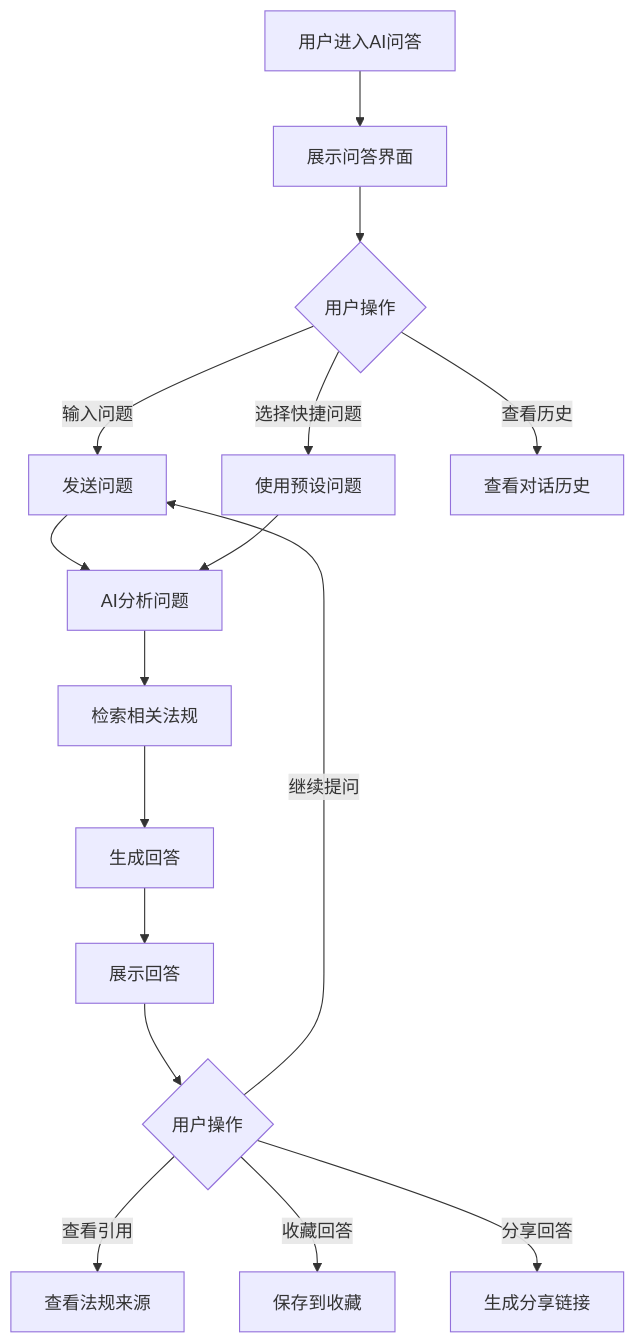
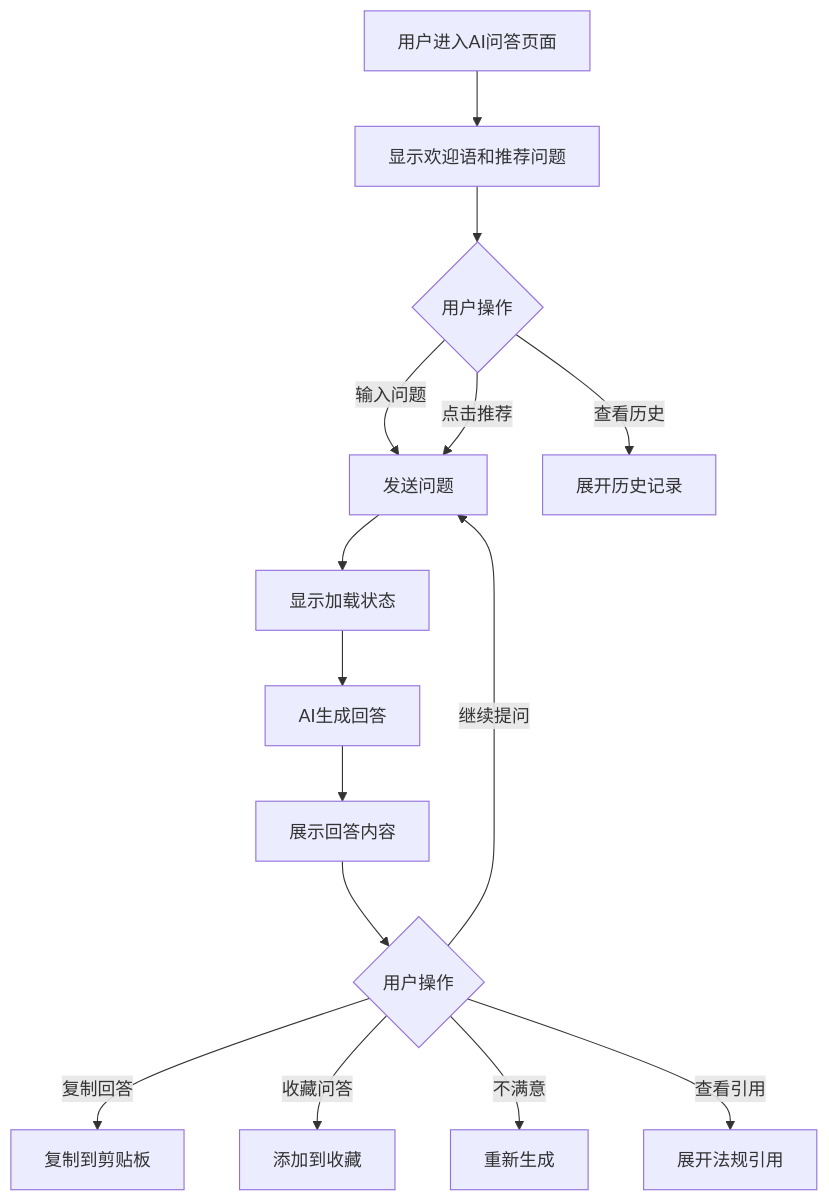
One commit to 573746624-hash/JZT------20260310 changed the diagram in docs/法律护航/AI 问答.md. Above: the diagram before and after it, drawn with Mermaid. The commit also changed other lines of this file and 25 other files, not shown here.

````diff
--- a/docs/法律护航/AI 问答.md
+++ b/docs/法律护航/AI 问答.md
@@ -9,18 +8,17 @@
 ```mermaid
 flowchart TD
-    A[用户进入AI问答] --> B[展示问答界面]
+    A[用户进入AI问答页面] --> B[显示欢迎语和推荐问题]
     B --> C{用户操作}
     C -->|输入问题| D[发送问题]
-    C -->|选择快捷问题| E[使用预设问题]
-    C -->|查看历史| F[查看对话历史]
-    D --> G[AI分析问题]
-    E --> G
-    G --> H[检索相关法规]
-    H --> I[生成回答]
-    I --> J[展示回答]
-    J --> K{用户操作}
-    K -->|继续提问| D
-    K -->|查看引用| L[查看法规来源]
-    K -->|收藏回答| M[保存到收藏]
-    K -->|分享回答| N[生成分享链接]
+    C -->|点击推荐| D
+    C -->|查看历史| E[展开历史记录]
+    D --> F[显示加载状态]
+    F --> G[AI生成回答]
+    G --> H[展示回答内容]
+    H --> I{用户操作}
+    I -->|继续提问| D
+    I -->|复制回答| J[复制到剪贴板]
+    I -->|收藏问答| K[添加到收藏]
+    I -->|不满意| L[重新生成]
+    I -->|查看引用| M[展开法规引用]
 ```
````
